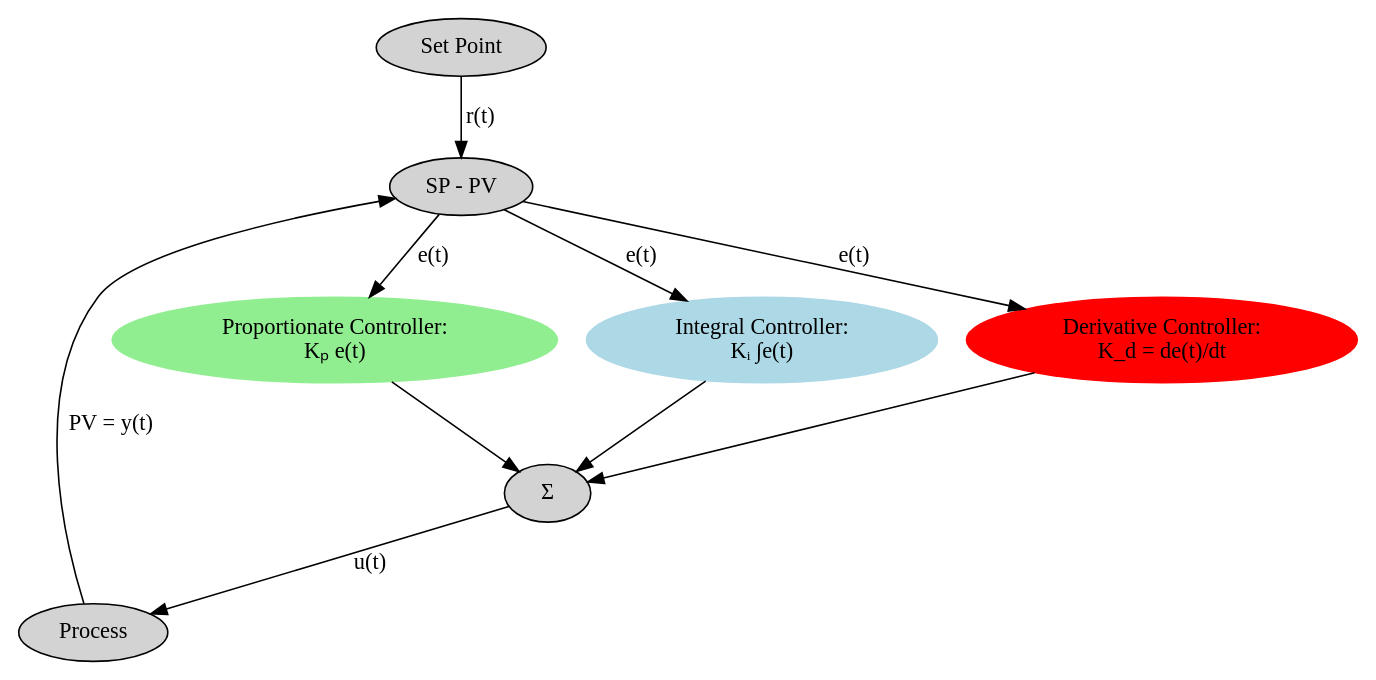
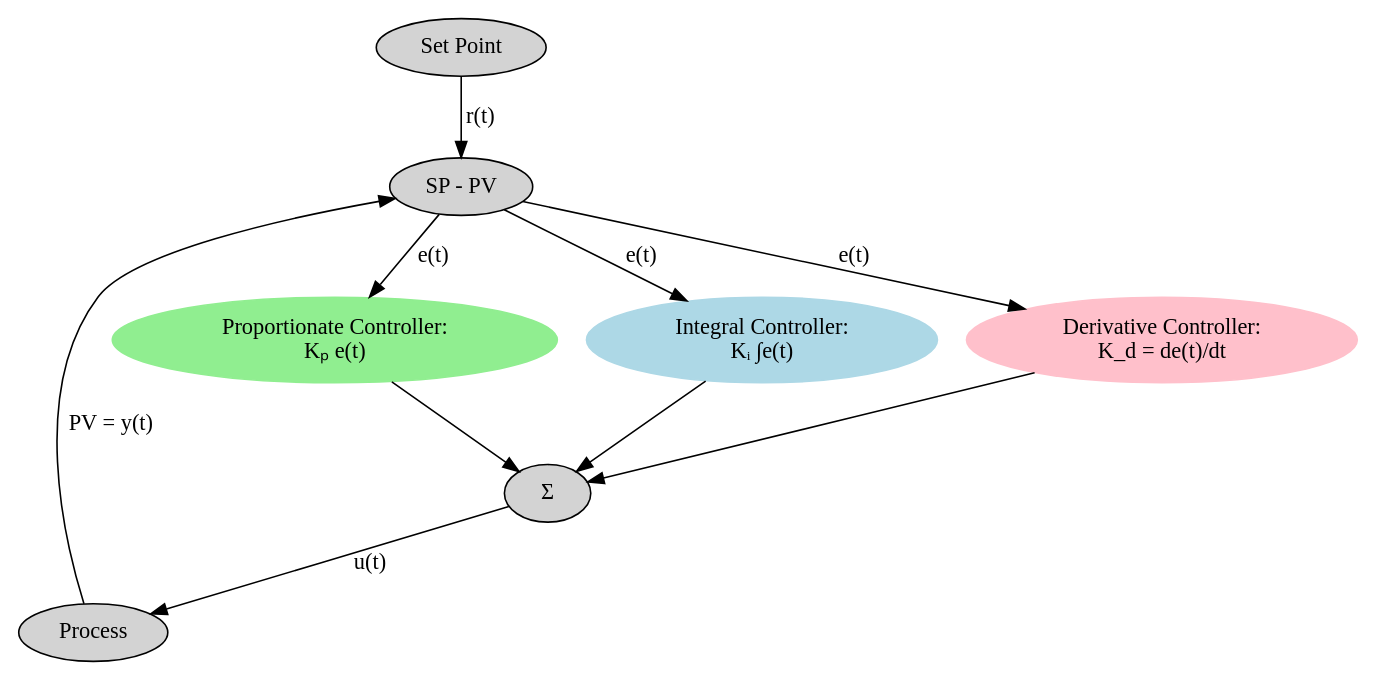
Before and after one commit to brain-fuel-co/feedback: the diagram in pid-dotfiles/pid-controller.dot, drawn with Graphviz. The commit also changed 5 other files, not shown here.

```diff
--- a/pid-dotfiles/pid-controller.dot
+++ b/pid-dotfiles/pid-controller.dot
@@ -1,20 +1,20 @@
 digraph PID {
     node [style=filled];
     SP [label="Set Point"];
     PR [label="Process"];
     S1 [label="SP - PV"];
     P  [color=lightgreen,label="Proportionate Controller:\nKₚ e(t)"];
     I  [color=lightblue,label="Integral Controller:\nKᵢ ∫e(t)"];
-    D  [color=red,label="Derivative Controller:\nK_d = de(t)/dt"];
+    D  [color=pink,label="Derivative Controller:\nK_d = de(t)/dt"];
     S2 [label="Σ"];
 
     SP -> S1 [label="r(t)"];
     PR -> S1 [label="PV = y(t)"];
     S1 -> P  [label="e(t)"];
     S1 -> I  [label="e(t)"];
     S1 -> D  [label="e(t)"];
     P  -> S2;
     I  -> S2;
     D  -> S2;
     S2 -> PR [label="u(t)"];
 }
```
